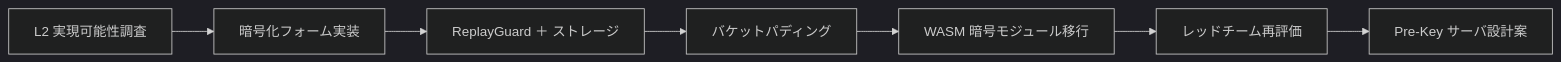
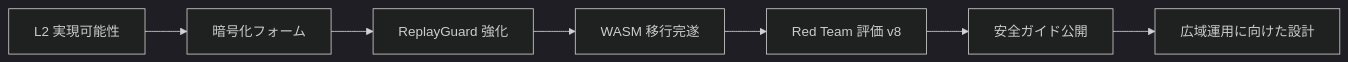
Before and after one commit to masanork/srn: the ninth of 10 diagrams in sites/srn/content/web-a-tech-presentation.ja.md, drawn with Mermaid (dark theme). The commit also changed other lines of this file and 10 other files, not shown here.

Commit message:
feat: update Web/A architecture from 3-layer to 4-layer model and add new paper on API vs Document Economy.

````diff
--- a/sites/srn/content/web-a-tech-presentation.ja.md
+++ b/sites/srn/content/web-a-tech-presentation.ja.md
@@ -696,9 +760,9 @@
 ```mermaid
 flowchart LR
-  A[L2 実現可能性調査] --> B[暗号化フォーム実装]
-  B --> C[ReplayGuard ＋ ストレージ]
-  C --> D[バケットパディング]
-  D --> E[WASM 暗号モジュール移行]
-  E --> F[レッドチーム再評価]
-  F --> G[Pre-Key サーバ設計案]
+  A[L2 実現可能性] --> B[暗号化フォーム]
+  B --> C[ReplayGuard 強化]
+  C --> D[WASM 移行完遂]
+  D --> E[Red Team 評価 v8]
+  E --> F[安全ガイド公開]
+  F --> G[広域運用に向けた設計]
 ```
````
